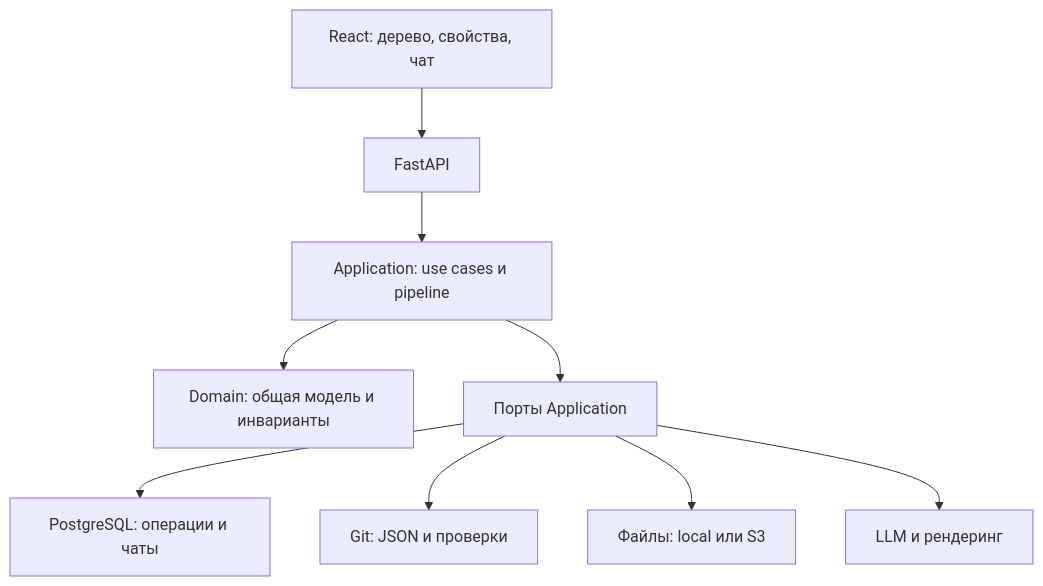
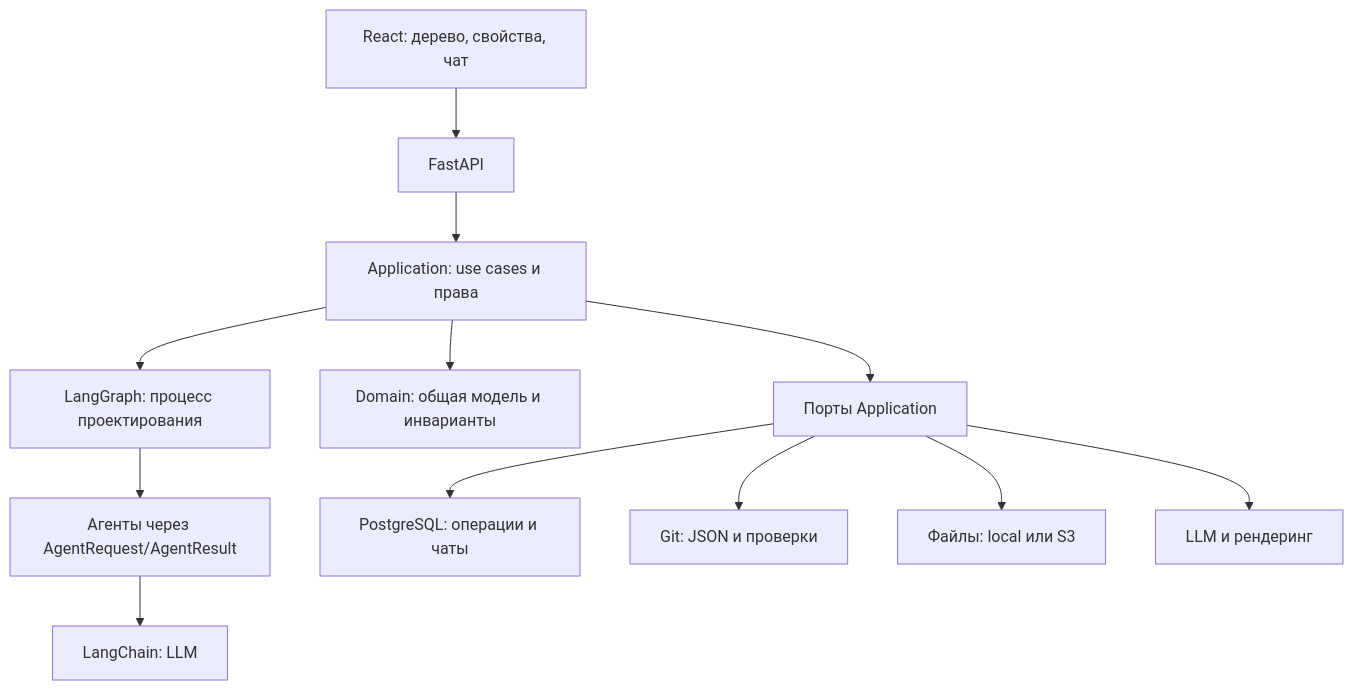
One commit to Volodya1000/SolutionArchitectAI changed the diagram in docs/technical/README.md. Above: the diagram before and after it, drawn with Mermaid. The commit also changed other lines of this file and 10 other files, not shown here.

Commit message:
docs: adopt LangChain and LangGraph architecture

````diff
--- a/docs/technical/README.md
+++ b/docs/technical/README.md
@@ -14,11 +14,14 @@
 ```mermaid
 flowchart TD
     UI[React: дерево, свойства, чат] --> API[FastAPI]
-    API --> UC[Application: use cases и pipeline]
+    API --> UC[Application: use cases и права]
+    UC --> LG[LangGraph: процесс проектирования]
+    LG --> AG[Агенты через AgentRequest/AgentResult]
+    AG --> LC[LangChain: LLM]
     UC --> D[Domain: общая модель и инварианты]
     UC --> P[Порты Application]
     P --> DB[PostgreSQL: операции и чаты]
     P --> G[Git: JSON и проверки]
     P --> F[Файлы: local или S3]
     P --> L[LLM и рендеринг]
 ```
````
